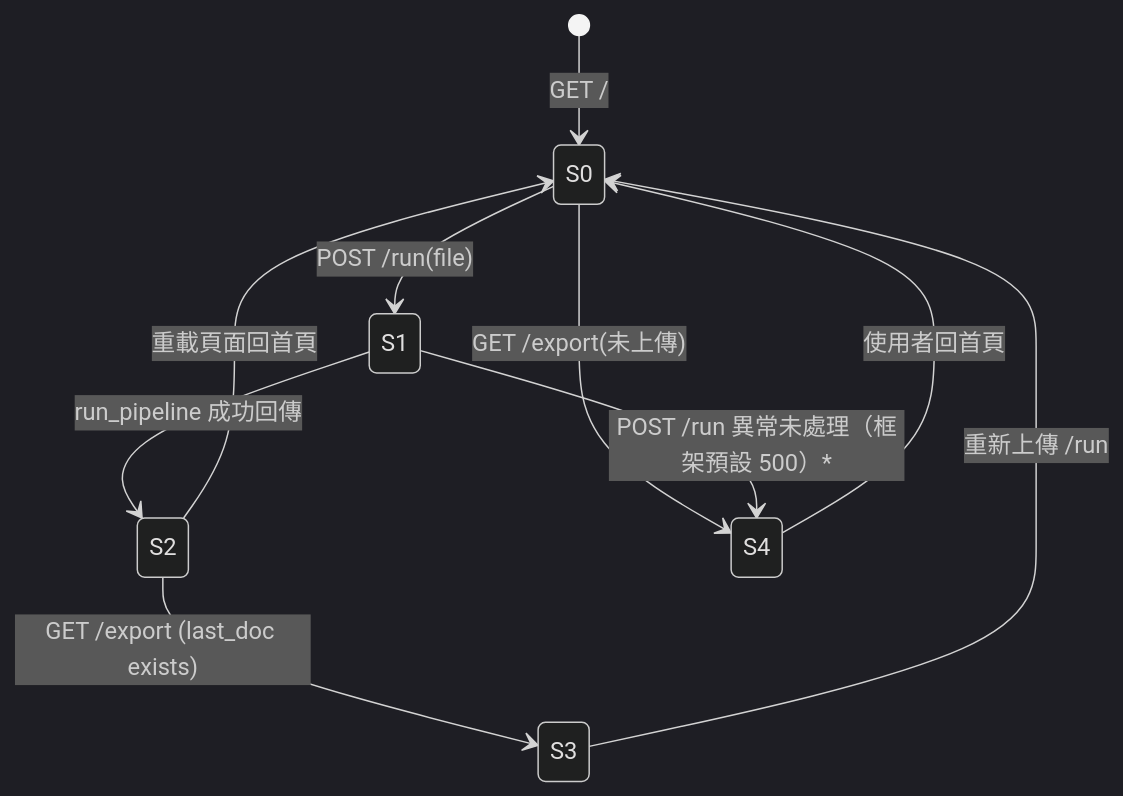
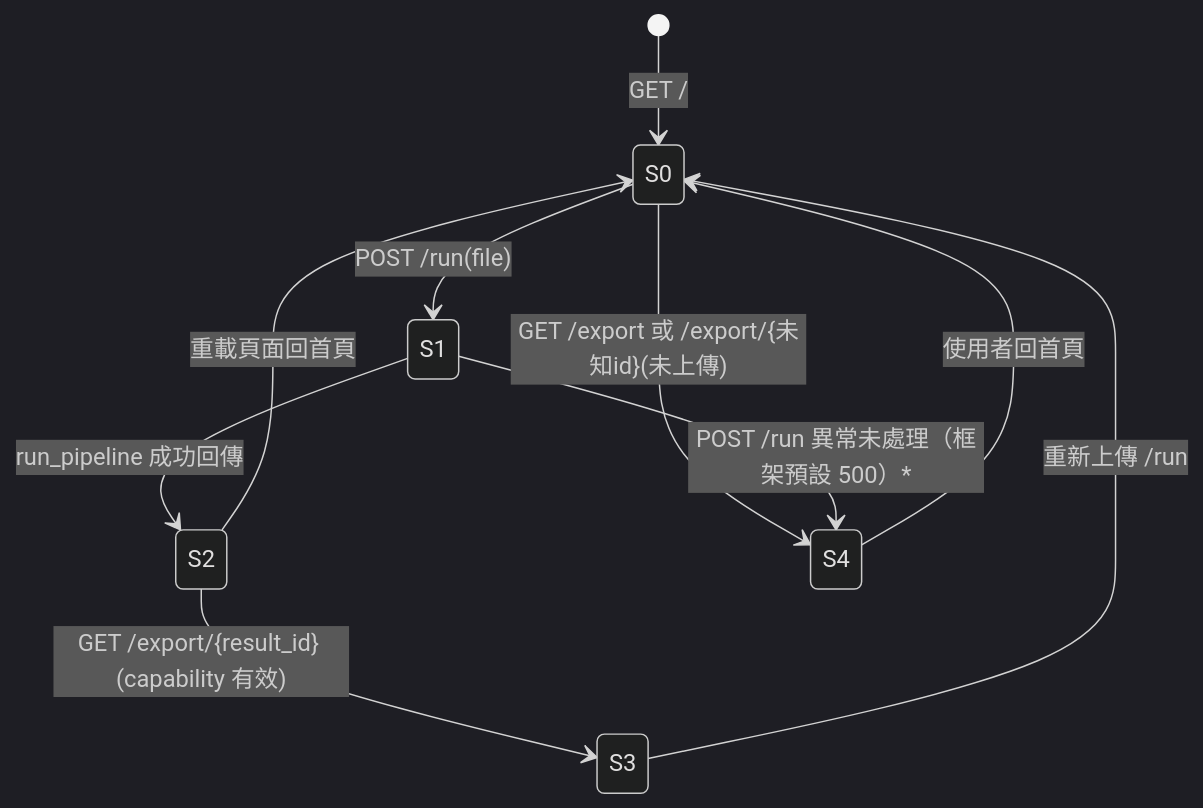
One commit to Reese-max/note-filler changed the first of 2 diagrams in docs/specs/note-filler-state-machine.md. Above: the diagram before and after it, drawn with Mermaid (dark theme). The commit also changed other lines of this file and 10 other files, not shown here.

First line of the commit message:
fix(server): isolate exports behind opaque result capability (#4)

````diff
--- a/docs/specs/note-filler-state-machine.md
+++ b/docs/specs/note-filler-state-machine.md
@@ -30,12 +30,12 @@
 ```mermaid
 stateDiagram-v2
     [*] --> S0 : GET /
     S0 --> S1 : POST /run(file)
     S1 --> S2 : run_pipeline 成功回傳
-    S2 --> S3 : GET /export (last_doc exists)
+    S2 --> S3 : GET /export/{result_id} (capability 有效)
     S2 --> S0 : 重載頁面回首頁
-    S0 --> S4 : GET /export(未上傳)
+    S0 --> S4 : GET /export 或 /export/{未知id}(未上傳)
     S1 --> S4 : POST /run 異常未處理（框架預設 500）*
     S4 --> S0 : 使用者回首頁
     S3 --> S0 : 重新上傳 /run
 ```
````
